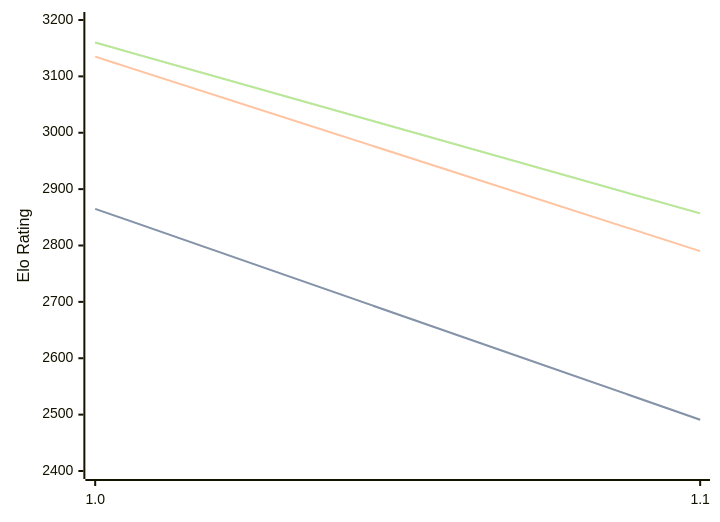
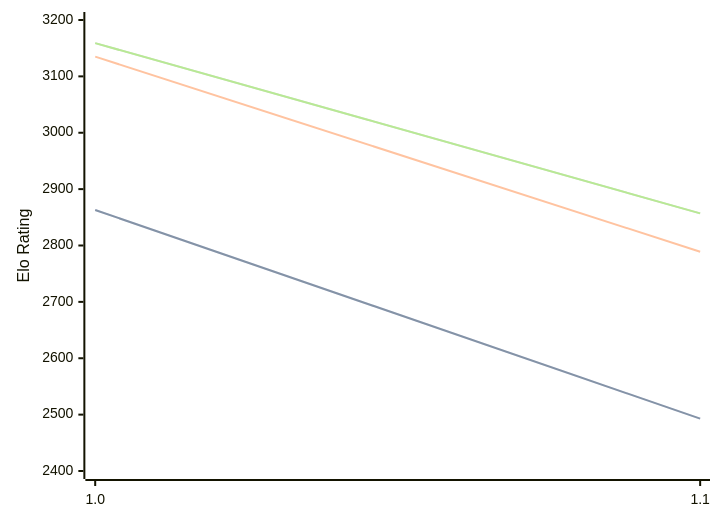
The diagram in engines/Publius.md (computer-chess-index/cci), drawn with Mermaid before and after one commit. The commit also changed other lines of this file, not shown here.

Commit message:
Update CCI Ratings (ELO VLTC) - 2026-03-22

````diff
--- a/engines/Publius.md
+++ b/engines/Publius.md
@@ -32,11 +32,11 @@
 ```mermaid
 %%{init: {"theme":"base","themeVariables":{"seriesColors:['#a3a3a3','#222221','#faa371']}}}%%
 xychart-beta
   x-axis ["1.0", "1.1"]
   y-axis "Elo Rating" 2400 --> 3200
-  line "STC (8.0+0.08s)" [2865, 2491]
-  line "STC (8.0+0.08s)" [2865, 2491]
-  line "LTC (60.0+0.60s)" [3135, 2790]
-  line "VLTC (2m24s+1.12s)" [3160, 2857]
-  line "VLTC (2m24s+1.12s)" [3160, 2857]
+  line "STC (8.0+0.08s)" [2863, 2493]
+  line "STC (8.0+0.08s)" [2863, 2493]
+  line "LTC (60.0+0.60s)" [3135, 2789]
+  line "VLTC (2m24s+1.12s)" [3159, 2857]
+  line "VLTC (2m24s+1.12s)" [3159, 2857]
 ```
````
